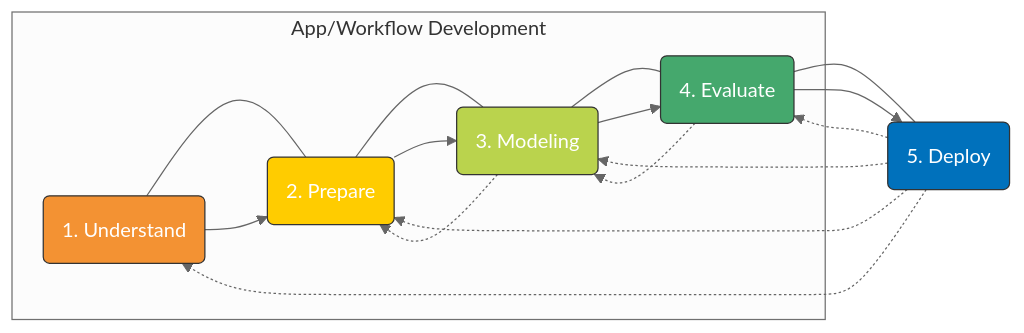
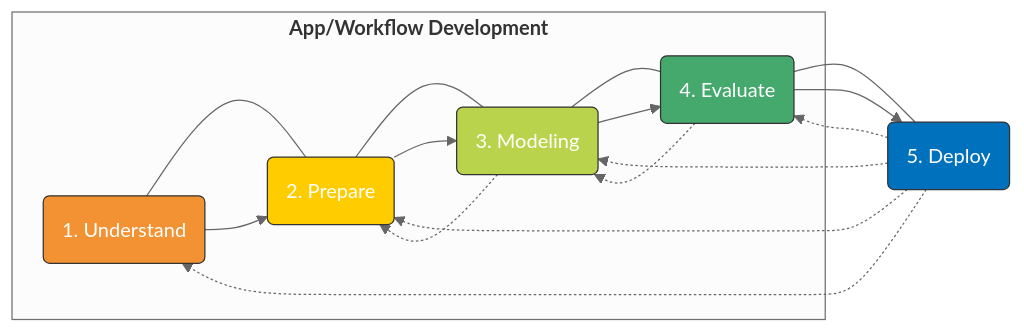
Before and after one commit to ralf-42/ML_Intro: the diagram in docs/concepts/ml_workflow_erklaerung.md, drawn with Mermaid (neutral theme). The commit also changed other lines of this file and 1 other file, not shown here.

````diff
--- a/docs/concepts/ml_workflow_erklaerung.md
+++ b/docs/concepts/ml_workflow_erklaerung.md
@@ -21,28 +21,28 @@
 ```mermaid
 graph LR
-    subgraph "App/Workflow Development"
+    subgraph "<b>App/Workflow Development</b>"
     1(1. Understand) --- 2(2. Prepare)
     2 --- 3(3. Modeling)
     3 --- 4(4. Evaluate)
     
     %% Stil-Definitionen für die Farben
     style 1 fill:#f39233,stroke:#333,stroke-width:1px,color:white
     style 2 fill:#ffcc00,stroke:#333,stroke-width:1px,color:white
     style 3 fill:#bad34d,stroke:#333,stroke-width:1px,color:white
     style 4 fill:#45a86d,stroke:#333,stroke-width:1px,color:white
     end
     4 --- 5(5. Deploy)
     style 5 fill:#0071bc,stroke:#333,stroke-width:1px,color:white
     %% Haupt-Pfeile
     1 --> 2
     2 --> 3
     3 --> 4
     4 --> 5
     %% Feedback-Schleifen (gestrichelt)
     5 -.-> 1
     5 -.-> 2
     5 -.-> 3
     5 -.-> 4
     4 -.-> 3
     3 -.-> 2
 ```
````
